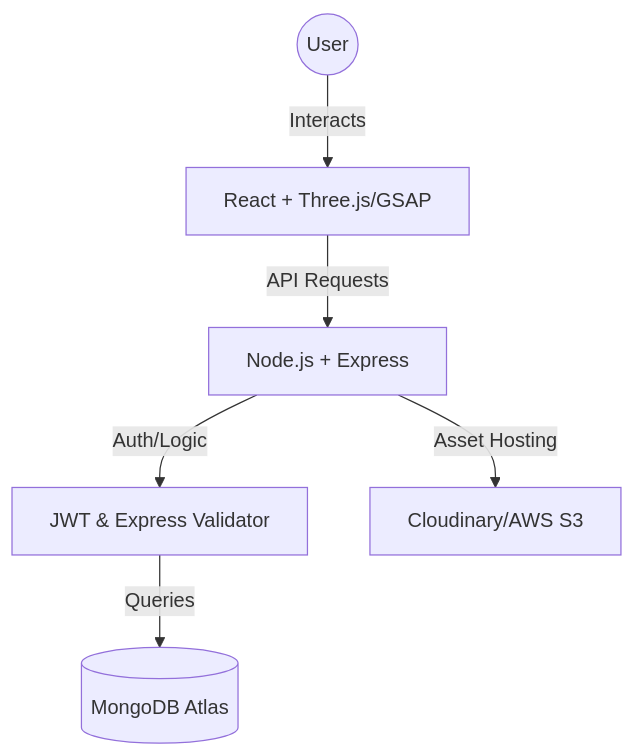
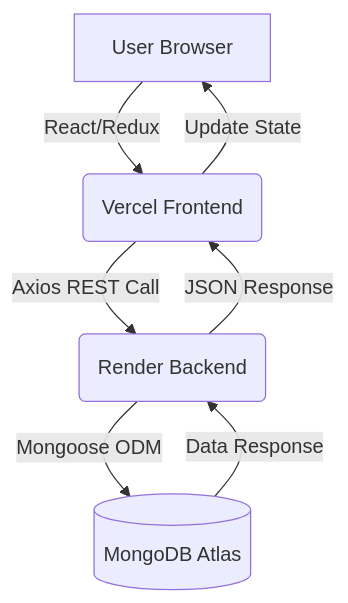
Before and after one commit to salonyranjan/Rewind: the first of 2 diagrams in README.md, drawn with Mermaid. The commit also changed other lines of this file, not shown here.

````diff
--- a/README.md
+++ b/README.md
@@ -19,8 +25,9 @@
 ```mermaid
 graph TD
-    User((User)) -->|Interacts| Frontend[React + Three.js/GSAP]
-    Frontend -->|API Requests| Backend[Node.js + Express]
-    Backend -->|Auth/Logic| Middleware[JWT & Express Validator]
-    Middleware -->|Queries| DB[(MongoDB Atlas)]
-    Backend -->|Asset Hosting| Storage[Cloudinary/AWS S3]
+    A[User Browser] -->|React/Redux| B(Vercel Frontend)
+    B -->|Axios REST Call| C(Render Backend)
+    C -->|Mongoose ODM| D[(MongoDB Atlas)]
+    D -->|Data Response| C
+    C -->|JSON Response| B
+    B -->|Update State| A
 ```
````
